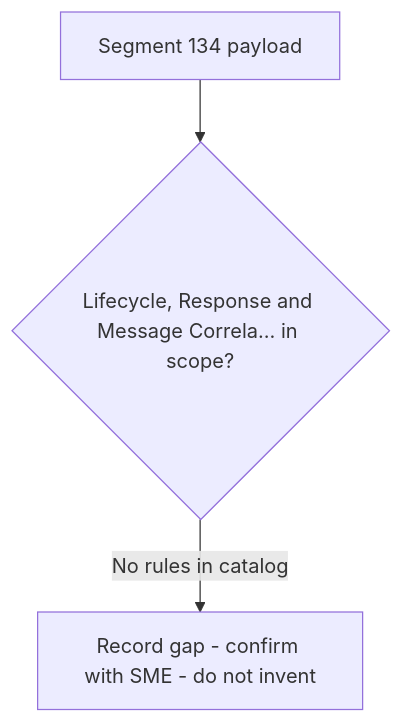
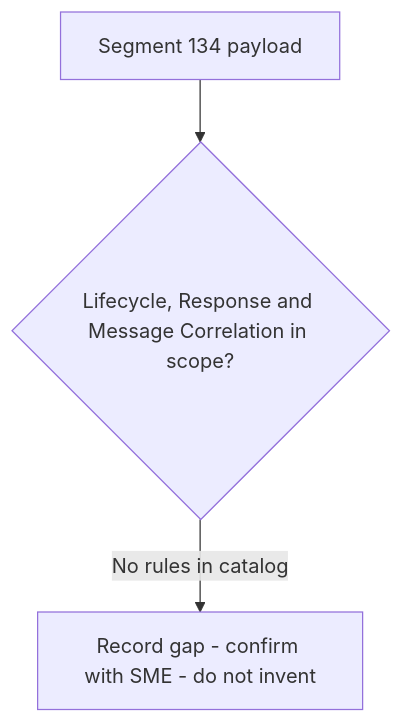
The diagram in regression-artifact-validator/specifications/ATL105/docs/specs/kb/segment-134/lifecycle-response-correlation-flow.md (DhanSingh-hub/core-auth-ai-validation-framework), drawn with Mermaid before and after one commit. The commit also changed 150 other files, not shown here.

````diff
--- a/regression-artifact-validator/specifications/ATL105/docs/specs/kb/segment-134/lifecycle-response-correlation-flow.md
+++ b/regression-artifact-validator/specifications/ATL105/docs/specs/kb/segment-134/lifecycle-response-correlation-flow.md
@@ -3,5 +3,5 @@
 ```mermaid
 flowchart TD
-    A[Segment 134 payload] --> B{Lifecycle, Response and Message Correla… in scope?}
+    A[Segment 134 payload] --> B{Lifecycle, Response and Message Correlation in scope?}
     B -->|No rules in catalog| G[Record gap - confirm with SME - do not invent]
 ```
````
